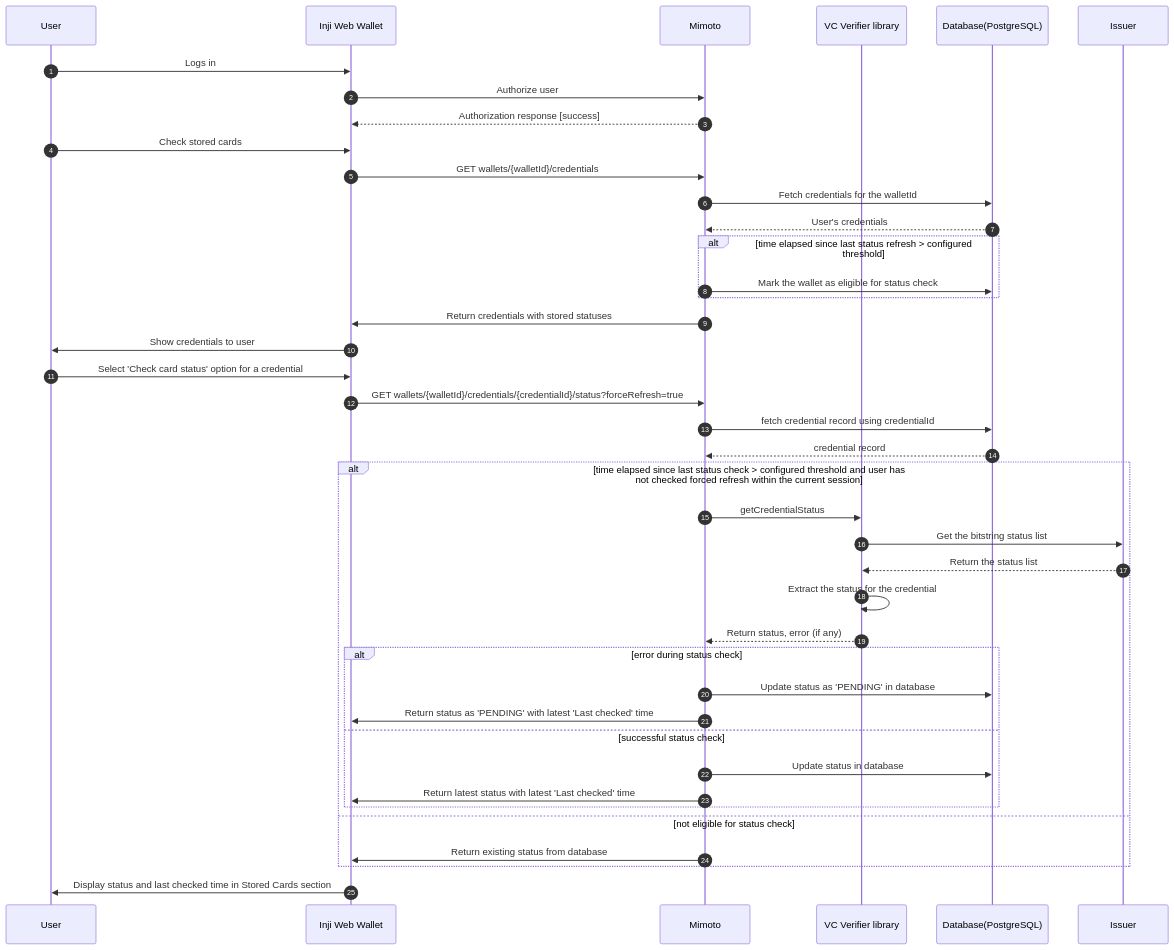
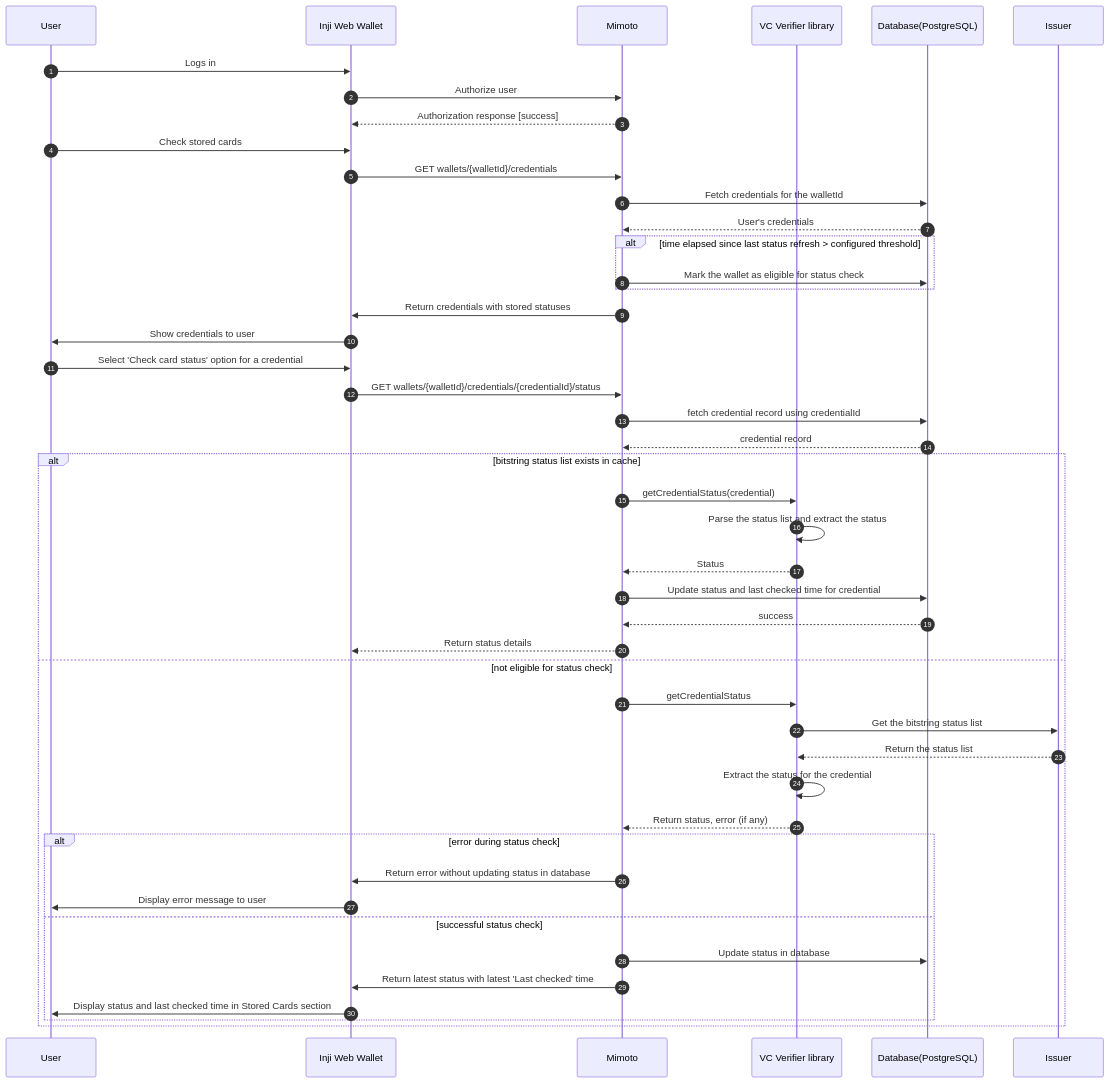
One commit to inji/mimoto changed the third of 4 diagrams in docs/VCStatusCheckDesign.md. Above: the diagram before and after it, drawn with Mermaid. The commit also changed other lines of this file, not shown here.

````diff
--- a/docs/VCStatusCheckDesign.md
+++ b/docs/VCStatusCheckDesign.md
@@ -98,45 +116,50 @@
 ```mermaid
 sequenceDiagram
     autonumber
     participant User
     participant InjiWeb as Inji Web Wallet
     participant Mimoto
     participant VCVerifier as VC Verifier library
     participant Database as Database(PostgreSQL)
     participant Issuer
 
     User->>InjiWeb: Logs in
     InjiWeb->>Mimoto: Authorize user
     Mimoto-->> InjiWeb: Authorization response [success]
     User->>InjiWeb: Check stored cards
     InjiWeb->>Mimoto: GET wallets/{walletId}/credentials
     Mimoto->>Database: Fetch credentials for the walletId
     Database-->>Mimoto: User's credentials
 
     alt time elapsed since last status refresh > configured threshold
         Mimoto->>Database: Mark the wallet as eligible for status check
     end
     Mimoto->>InjiWeb: Return credentials with stored statuses
     InjiWeb->>User: Show credentials to user
     User->>InjiWeb: Select 'Check card status' option for a credential
-    InjiWeb->>Mimoto: GET wallets/{walletId}/credentials/{credentialId}/status?forceRefresh=true
+    InjiWeb->>Mimoto: GET wallets/{walletId}/credentials/{credentialId}/status
     Mimoto->>Database: fetch credential record using credentialId
     Database-->>Mimoto: credential record
-    alt time elapsed since last status check > configured threshold and user has not checked forced refresh within the current session
+    alt bitstring status list exists in cache
+        Mimoto->>VCVerifier: getCredentialStatus(credential)
+        VCVerifier->>VCVerifier: Parse the status list and extract the status
+        VCVerifier-->>Mimoto: Status
+        Mimoto->>Database: Update status and last checked time for credential
+        Database-->>Mimoto: success
+        Mimoto-->>InjiWeb: Return status details
+    else not eligible for status check
         Mimoto->>VCVerifier: getCredentialStatus
         VCVerifier->>Issuer: Get the bitstring status list
         Issuer-->>VCVerifier: Return the status list
         VCVerifier->>VCVerifier: Extract the status for the credential
         VCVerifier-->>Mimoto: Return status, error (if any)
         alt error during status check
-            Mimoto->>Database: Update status as 'PENDING' in database
-            Mimoto->>InjiWeb: Return status as 'PENDING' with latest 'Last checked' time
+            Mimoto->>InjiWeb: Return error without updating status in database
+            InjiWeb->>User: Display error message to user
         else successful status check
             Mimoto->>Database: Update status in database
             Mimoto->>InjiWeb: Return latest status with latest 'Last checked' time
+            InjiWeb->>User: Display status and last checked time in Stored Cards section
         end
-    else not eligible for status check
-        Mimoto->>InjiWeb: Return existing status from database     
     end
-    InjiWeb->>User: Display status and last checked time in Stored Cards section
 ```
````
